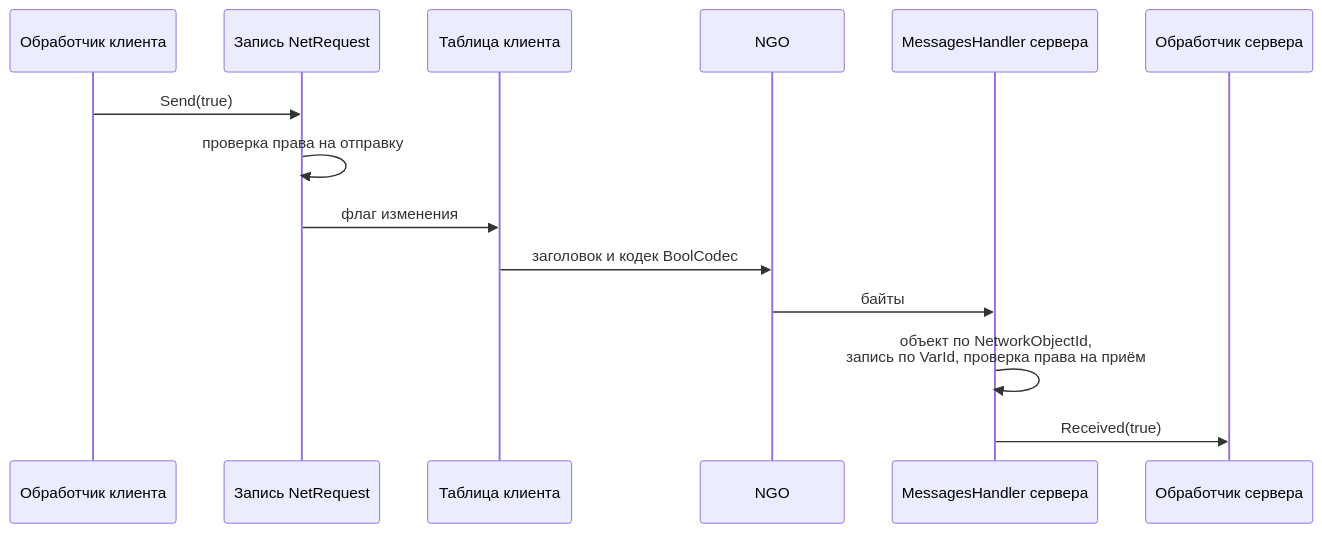
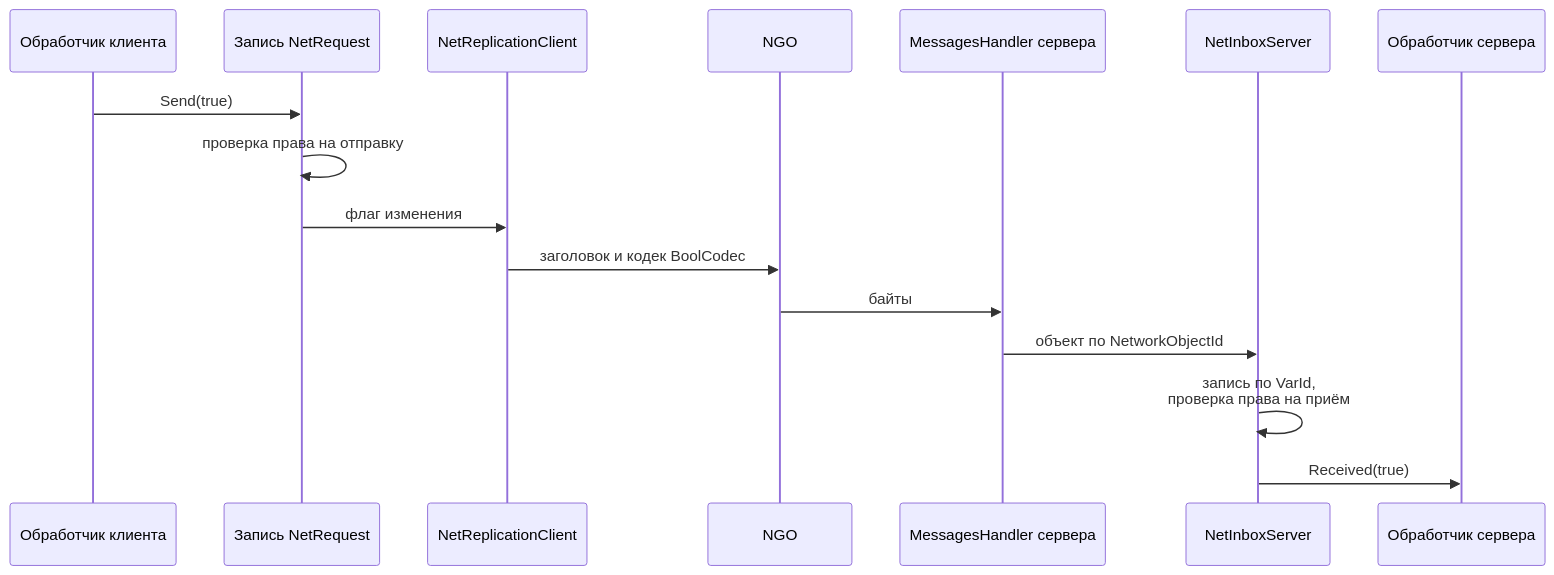
Before and after one commit to pndte/match-please: the second of 8 diagrams in README.md, drawn with Mermaid. The commit also changed other lines of this file, not shown here.

````diff
--- a/README.md
+++ b/README.md
@@ -372,16 +377,18 @@
 ```mermaid
 sequenceDiagram
     participant H as Обработчик клиента
     participant E as Запись NetRequest
-    participant T as Таблица клиента
+    participant R as NetReplicationClient
     participant N as NGO
     participant M as MessagesHandler сервера
+    participant I as NetInboxServer
     participant S as Обработчик сервера
     H->>E: Send(true)
     E->>E: проверка права на отправку
-    E->>T: флаг изменения
-    T->>N: заголовок и кодек BoolCodec
+    E->>R: флаг изменения
+    R->>N: заголовок и кодек BoolCodec
     N->>M: байты
-    M->>M: объект по NetworkObjectId,<br/>запись по VarId, проверка права на приём
-    M->>S: Received(true)
+    M->>I: объект по NetworkObjectId
+    I->>I: запись по VarId,<br/>проверка права на приём
+    I->>S: Received(true)
 ```
````
